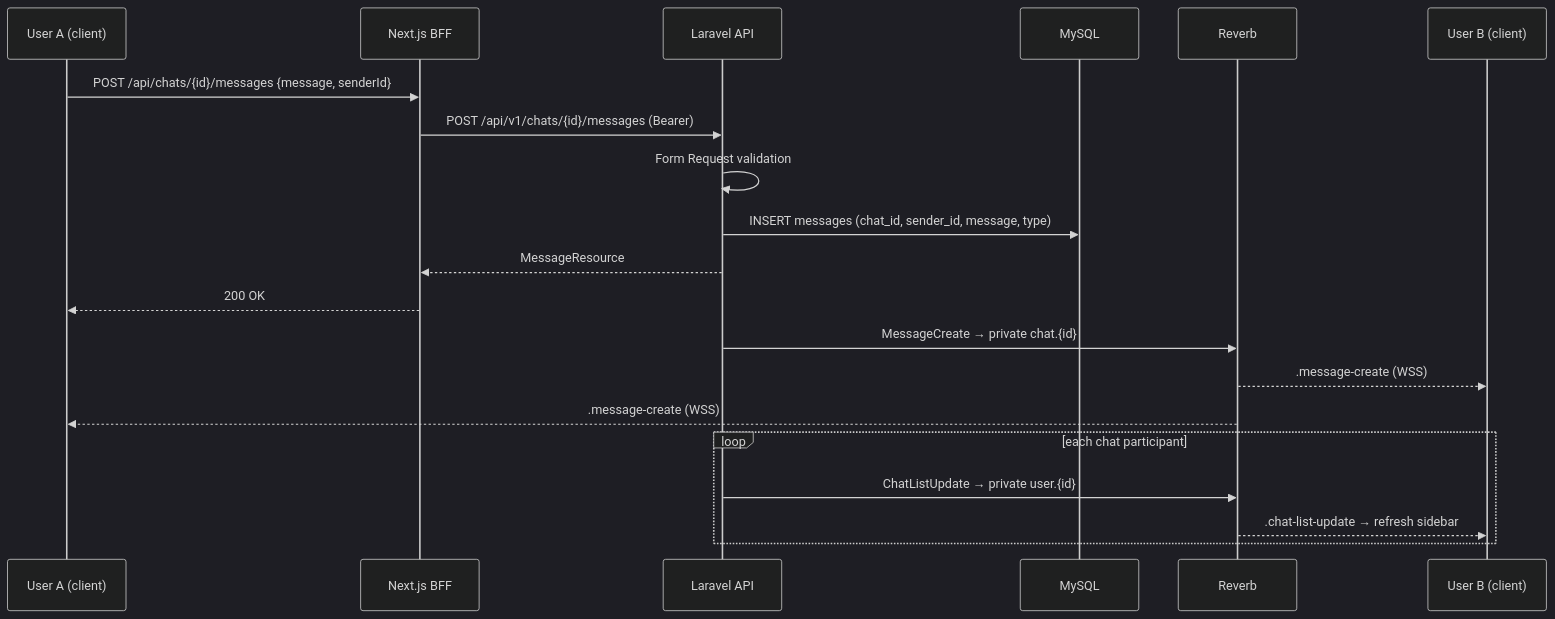
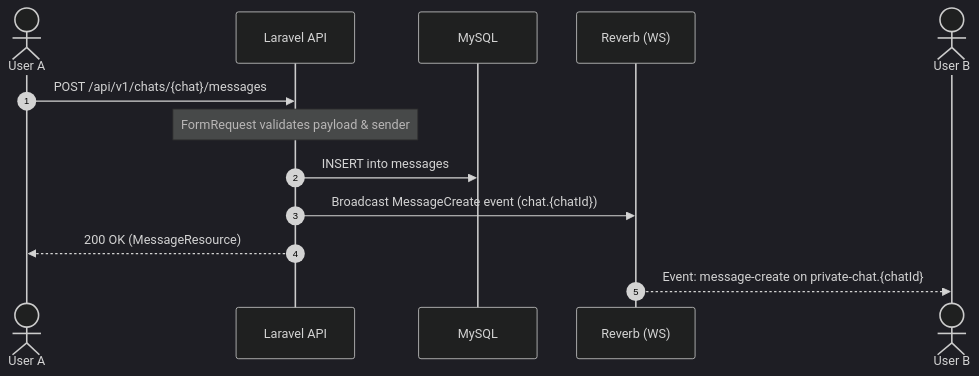
One commit to nayhtetkhant/chatn-api changed the second of 3 diagrams in README.md. Above: the diagram before and after it, drawn with Mermaid (dark theme). The commit also changed other lines of this file, not shown here.

````diff
--- a/README.md
+++ b/README.md
@@ -351,23 +61,16 @@
 ```mermaid
 sequenceDiagram
-    participant U as User A (client)
-    participant N as Next.js BFF
-    participant L as Laravel API
+    autonumber
+    actor A as User A
+    participant API as Laravel API
     participant DB as MySQL
-    participant R as Reverb
-    participant U2 as User B (client)
+    participant Rev as Reverb (WS)
+    actor B as User B
 
-    U->>N: POST /api/chats/{id}/messages {message, senderId}
-    N->>L: POST /api/v1/chats/{id}/messages (Bearer)
-    L->>L: Form Request validation
-    L->>DB: INSERT messages (chat_id, sender_id, message, type)
-    L-->>N: MessageResource
-    N-->>U: 200 OK
-    L->>R: MessageCreate → private chat.{id}
-    R-->>U2: .message-create (WSS)
-    R-->>U: .message-create (WSS)
-    loop each chat participant
-        L->>R: ChatListUpdate → private user.{id}
-        R-->>U2: .chat-list-update → refresh sidebar
-    end
+    A->>API: POST /api/v1/chats/{chat}/messages
+    Note over API: FormRequest validates payload & sender
+    API->>DB: INSERT into messages
+    API->>Rev: Broadcast MessageCreate event (chat.{chatId})
+    API-->>A: 200 OK (MessageResource)
+    Rev-->>B: Event: message-create on private-chat.{chatId}
 ```
````
